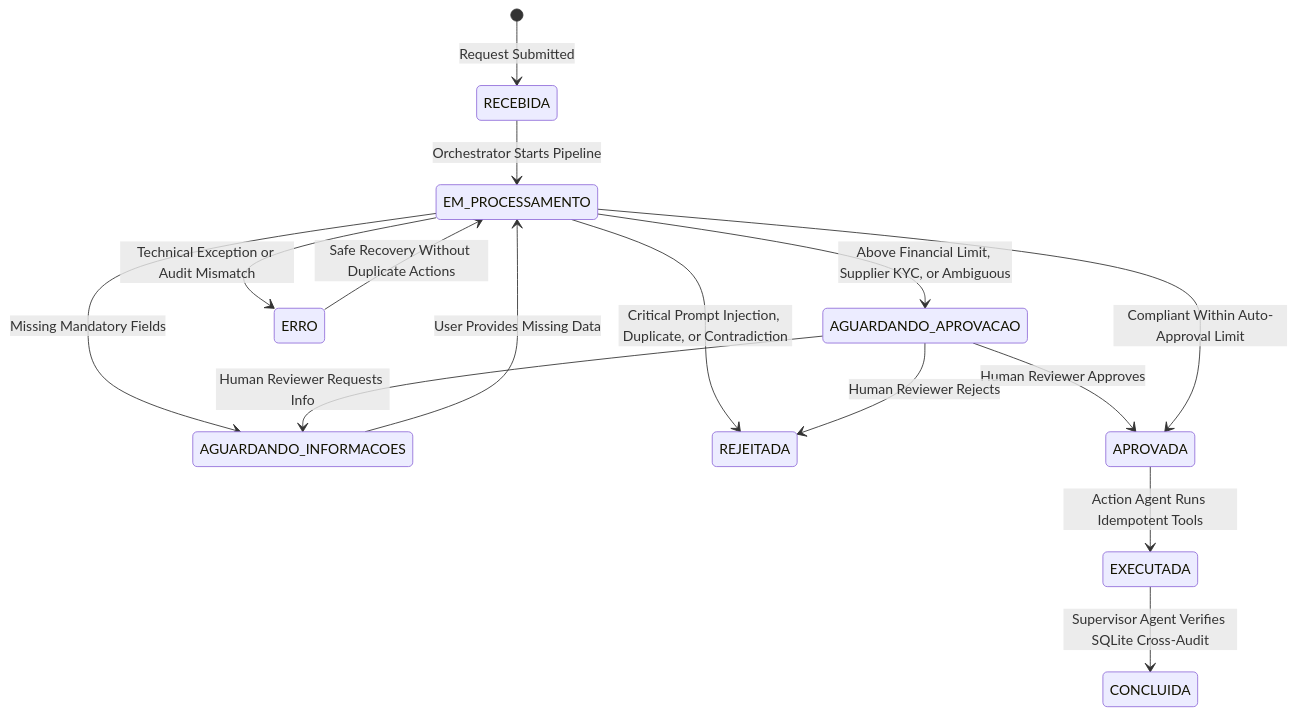
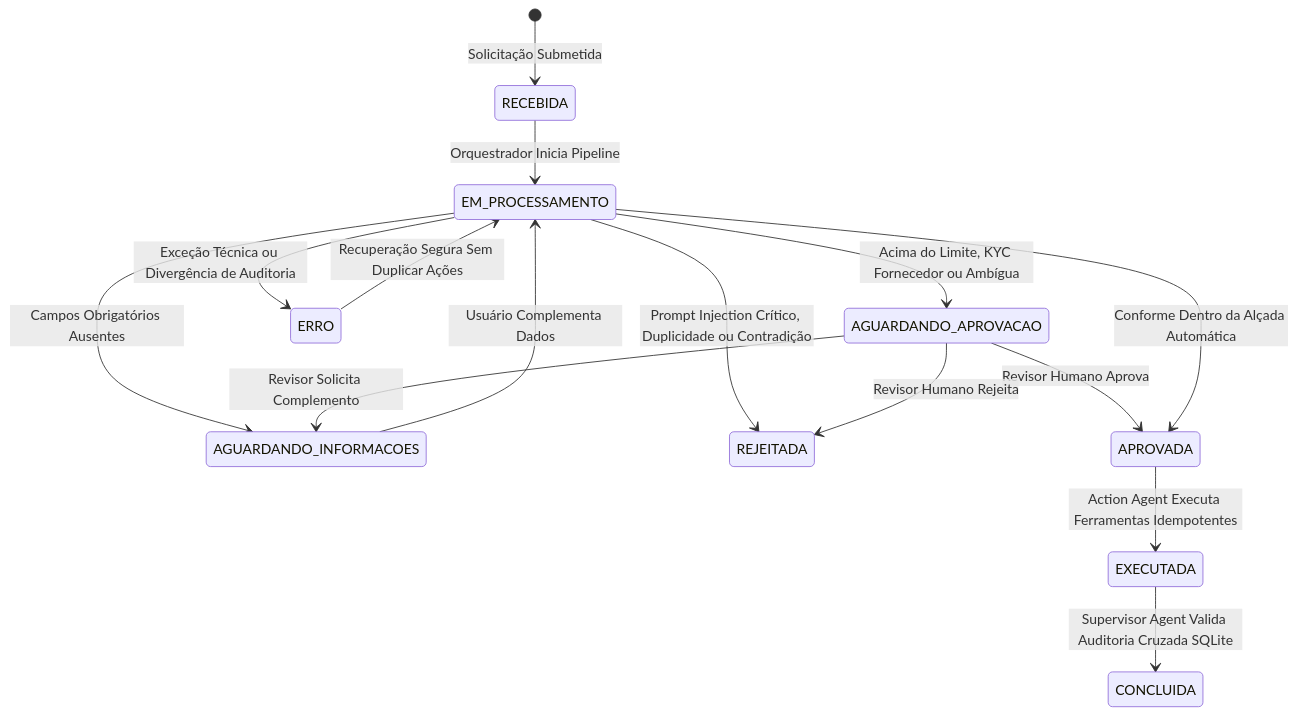
One commit to jessikamelo27-bit/flowpilot-ai changed the second of 2 diagrams in docs/ARCHITECTURE.md. Above: the diagram before and after it, drawn with Mermaid. The commit also changed other lines of this file and 4 other files, not shown here.

````diff
--- a/docs/ARCHITECTURE.md
+++ b/docs/ARCHITECTURE.md
@@ -81,17 +87,17 @@
 ```mermaid
 stateDiagram-v2
-    [*] --> RECEBIDA: Request Submitted
-    RECEBIDA --> EM_PROCESSAMENTO: Orchestrator Starts Pipeline
-    EM_PROCESSAMENTO --> AGUARDANDO_INFORMACOES: Missing Mandatory Fields
-    AGUARDANDO_INFORMACOES --> EM_PROCESSAMENTO: User Provides Missing Data
-    EM_PROCESSAMENTO --> REJEITADA: Critical Prompt Injection, Duplicate, or Contradiction
-    EM_PROCESSAMENTO --> AGUARDANDO_APROVACAO: Above Financial Limit, Supplier KYC, or Ambiguous
-    AGUARDANDO_APROVACAO --> APROVADA: Human Reviewer Approves
-    AGUARDANDO_APROVACAO --> REJEITADA: Human Reviewer Rejects
-    AGUARDANDO_APROVACAO --> AGUARDANDO_INFORMACOES: Human Reviewer Requests Info
-    EM_PROCESSAMENTO --> APROVADA: Compliant Within Auto-Approval Limit
-    APROVADA --> EXECUTADA: Action Agent Runs Idempotent Tools
-    EXECUTADA --> CONCLUIDA: Supervisor Agent Verifies SQLite Cross-Audit
-    EM_PROCESSAMENTO --> ERRO: Technical Exception or Audit Mismatch
-    ERRO --> EM_PROCESSAMENTO: Safe Recovery Without Duplicate Actions
+    [*] --> RECEBIDA: Solicitação Submetida
+    RECEBIDA --> EM_PROCESSAMENTO: Orquestrador Inicia Pipeline
+    EM_PROCESSAMENTO --> AGUARDANDO_INFORMACOES: Campos Obrigatórios Ausentes
+    AGUARDANDO_INFORMACOES --> EM_PROCESSAMENTO: Usuário Complementa Dados
+    EM_PROCESSAMENTO --> REJEITADA: Prompt Injection Crítico, Duplicidade ou Contradição
+    EM_PROCESSAMENTO --> AGUARDANDO_APROVACAO: Acima do Limite, KYC Fornecedor ou Ambígua
+    AGUARDANDO_APROVACAO --> APROVADA: Revisor Humano Aprova
+    AGUARDANDO_APROVACAO --> REJEITADA: Revisor Humano Rejeita
+    AGUARDANDO_APROVACAO --> AGUARDANDO_INFORMACOES: Revisor Solicita Complemento
+    EM_PROCESSAMENTO --> APROVADA: Conforme Dentro da Alçada Automática
+    APROVADA --> EXECUTADA: Action Agent Executa Ferramentas Idempotentes
+    EXECUTADA --> CONCLUIDA: Supervisor Agent Valida Auditoria Cruzada SQLite
+    EM_PROCESSAMENTO --> ERRO: Exceção Técnica ou Divergência de Auditoria
+    ERRO --> EM_PROCESSAMENTO: Recuperação Segura Sem Duplicar Ações
 ```
````
